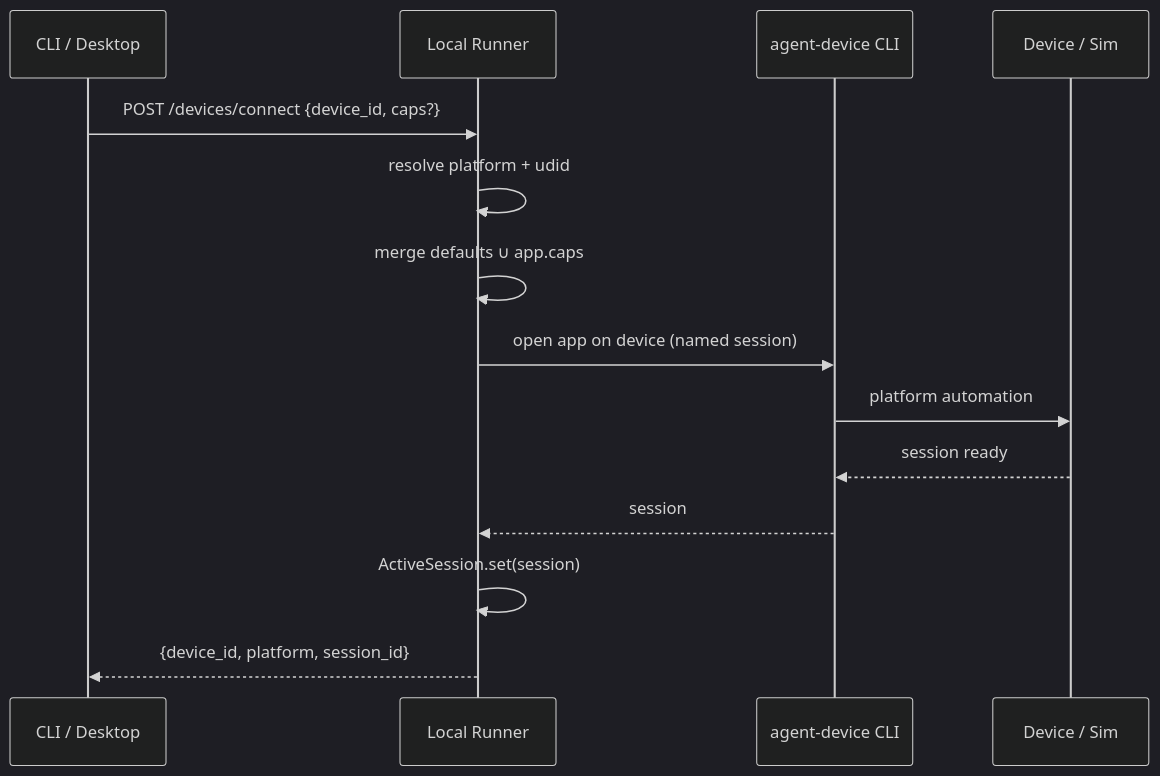
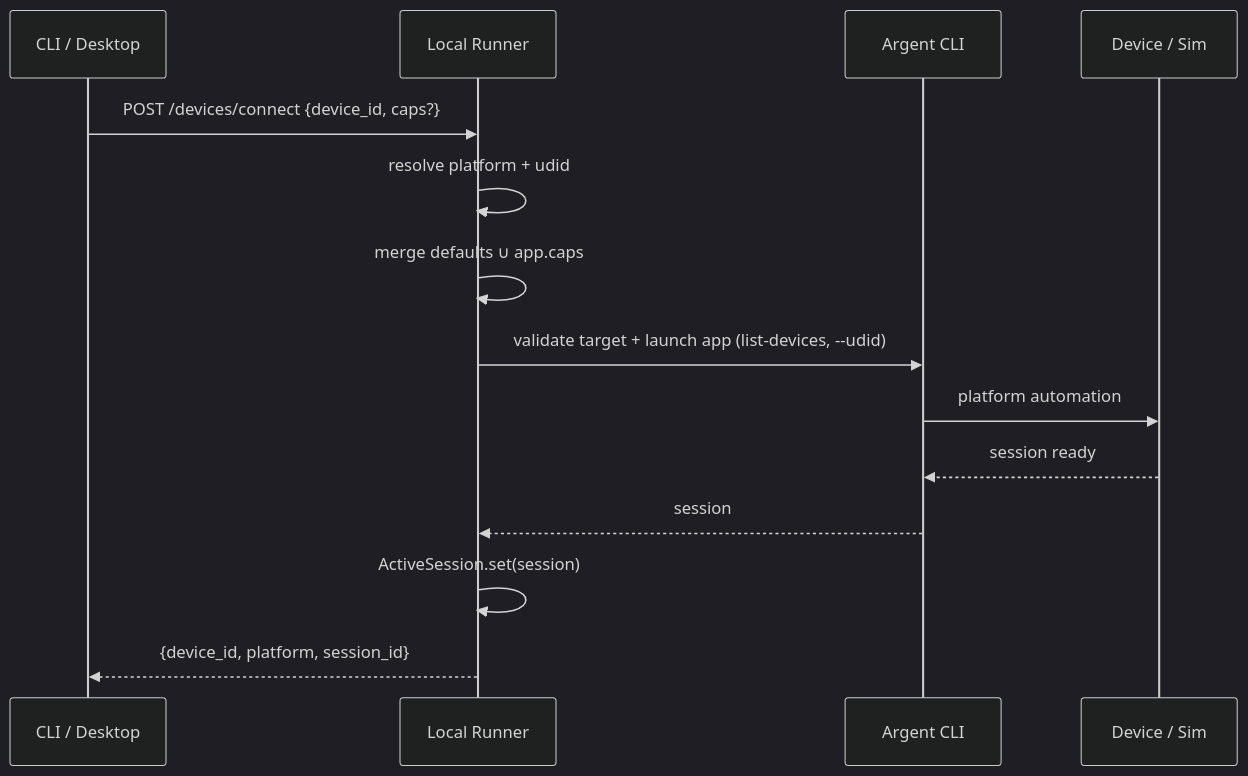
The first of 3 diagrams in ARCHITECTURE.md (Aris-ngoy/qa-agent), drawn with Mermaid (dark theme) before and after one commit. The commit also changed other lines of this file and 58 other files, not shown here.

````diff
--- a/ARCHITECTURE.md
+++ b/ARCHITECTURE.md
@@ -418,17 +418,17 @@
 ```mermaid
 sequenceDiagram
   participant CLI as CLI / Desktop
   participant R as Local Runner
-  participant A as agent-device CLI
+  participant A as Argent CLI
   participant D as Device / Sim
 
   CLI->>R: POST /devices/connect {device_id, caps?}
   R->>R: resolve platform + udid
   R->>R: merge defaults ∪ app.caps
-  R->>A: open app on device (named session)
+  R->>A: validate target + launch app (list-devices, --udid)
   A->>D: platform automation
   D-->>A: session ready
   A-->>R: session
   R->>R: ActiveSession.set(session)
   R-->>CLI: {device_id, platform, session_id}
 ```
````
